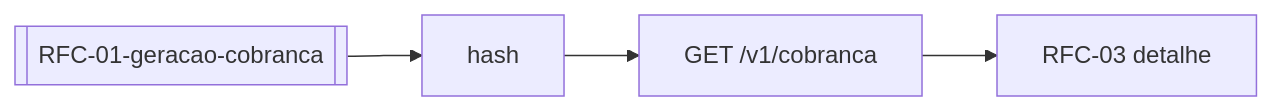
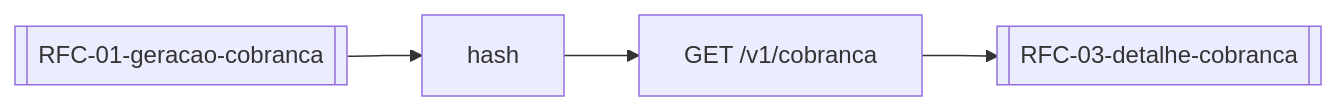
Before and after one commit to Ioshuasl/obsidian-vault: the diagram in Orius/integracoes/registro-imoveis/acompanhamento-registral/RFC-02-listagem-cobrancas.md, drawn with Mermaid. The commit also changed other lines of this file and 10 other files, not shown here.

````diff
--- a/Orius/integracoes/registro-imoveis/acompanhamento-registral/RFC-02-listagem-cobrancas.md
+++ b/Orius/integracoes/registro-imoveis/acompanhamento-registral/RFC-02-listagem-cobrancas.md
@@ -145,6 +145,6 @@
 ```mermaid
 flowchart LR
   A[[RFC-01-geracao-cobranca]] --> B[hash]
   B --> C[GET /v1/cobranca]
-  C --> D[RFC-03 detalhe]
+  C --> D[[RFC-03-detalhe-cobranca]]
 ```
````
